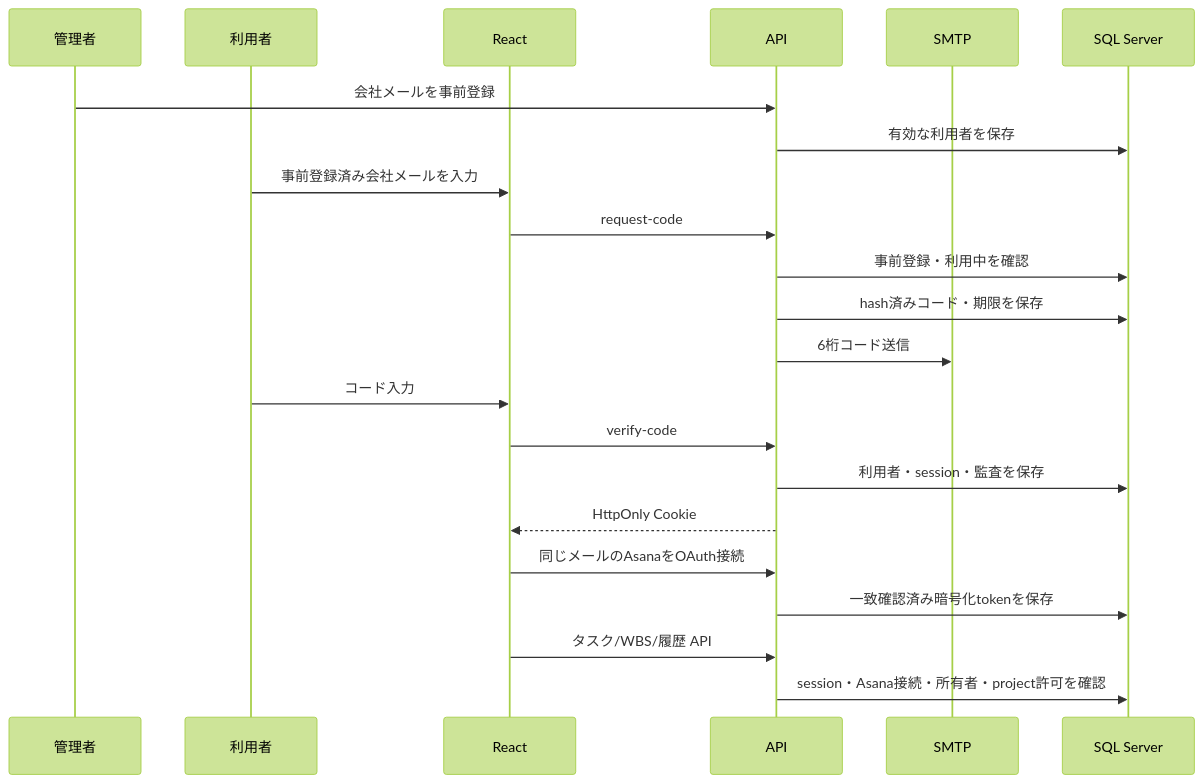
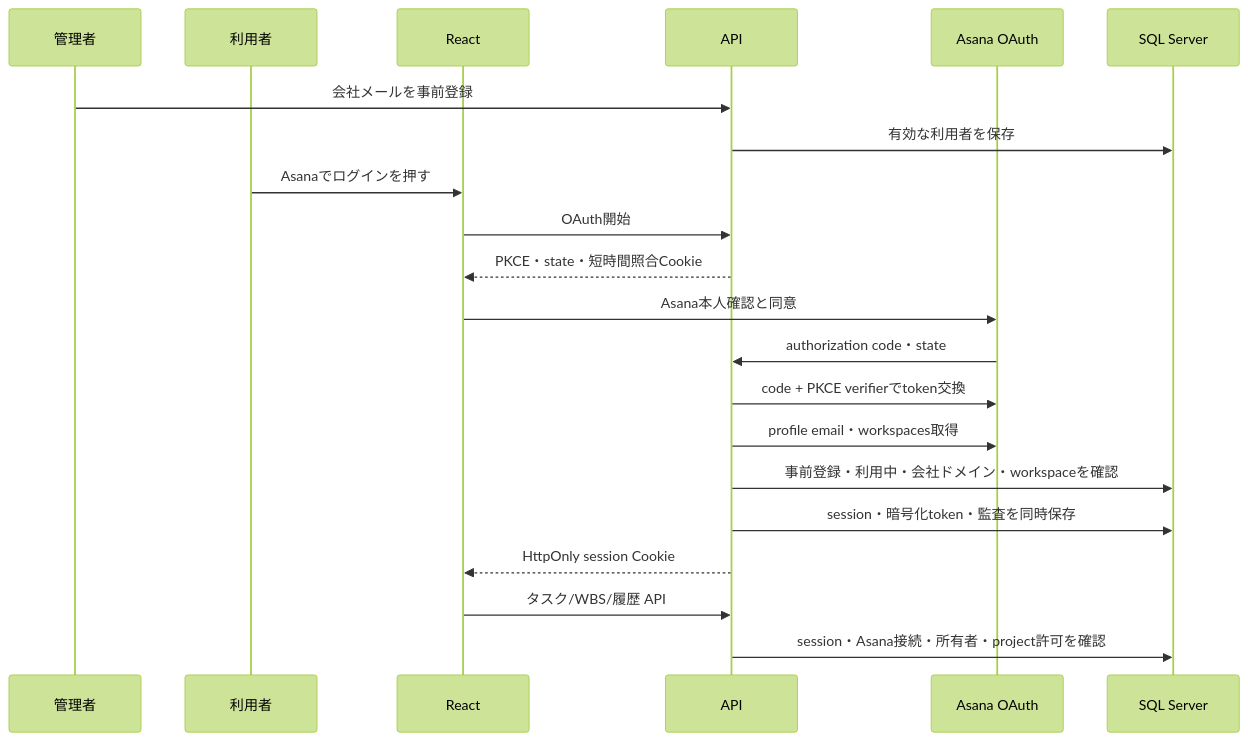
Before and after one commit to onishichimaki/Asana_App: the third of 4 diagrams in ARCHITECTURE.md, drawn with Mermaid (forest theme). The commit also changed other lines of this file and 27 other files, not shown here.

````diff
--- a/ARCHITECTURE.md
+++ b/ARCHITECTURE.md
@@ -122,24 +124,23 @@
 ```mermaid
 sequenceDiagram
     participant Admin as 管理者
     participant U as 利用者
     participant W as React
     participant A as API
-    participant M as SMTP
+    participant O as Asana OAuth
     participant D as SQL Server
     Admin->>A: 会社メールを事前登録
     A->>D: 有効な利用者を保存
-    U->>W: 事前登録済み会社メールを入力
-    W->>A: request-code
-    A->>D: 事前登録・利用中を確認
-    A->>D: hash済みコード・期限を保存
-    A->>M: 6桁コード送信
-    U->>W: コード入力
-    W->>A: verify-code
-    A->>D: 利用者・session・監査を保存
-    A-->>W: HttpOnly Cookie
-    W->>A: 同じメールのAsanaをOAuth接続
-    A->>D: 一致確認済み暗号化tokenを保存
+    U->>W: Asanaでログインを押す
+    W->>A: OAuth開始
+    A-->>W: PKCE・state・短時間照合Cookie
+    W->>O: Asana本人確認と同意
+    O->>A: authorization code・state
+    A->>O: code + PKCE verifierでtoken交換
+    A->>O: profile email・workspaces取得
+    A->>D: 事前登録・利用中・会社ドメイン・workspaceを確認
+    A->>D: session・暗号化token・監査を同時保存
+    A-->>W: HttpOnly session Cookie
     W->>A: タスク/WBS/履歴 API
     A->>D: session・Asana接続・所有者・project許可を確認
 ```
````
